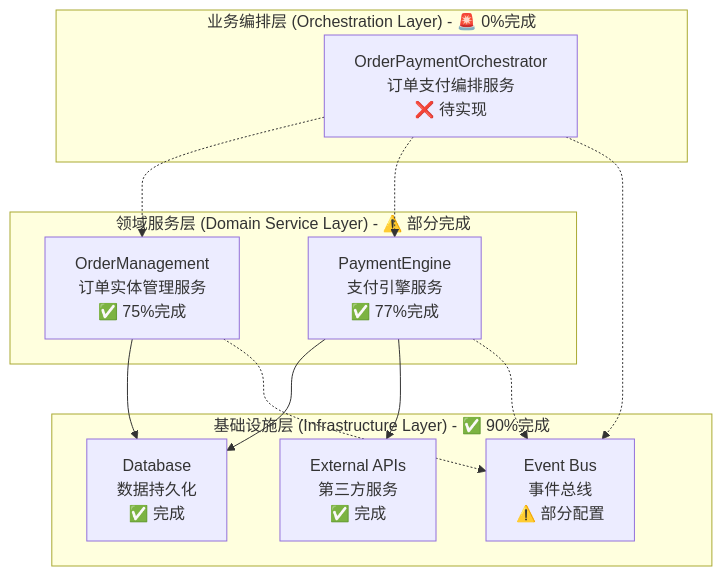
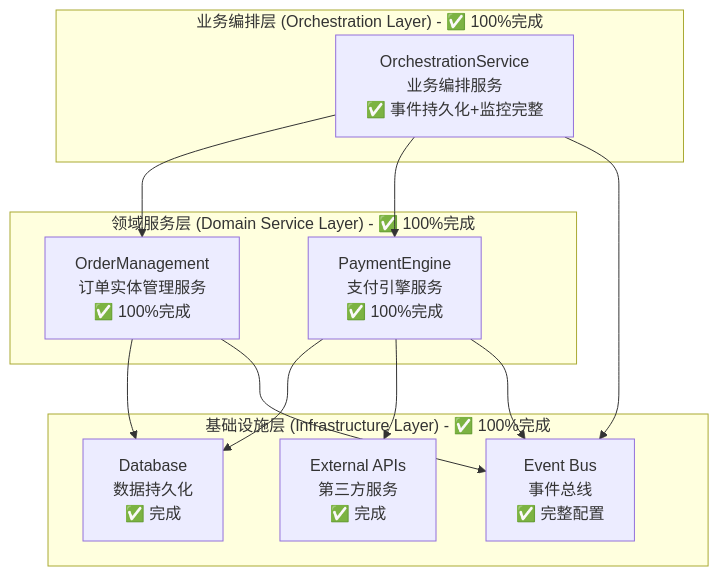
Before and after one commit to ZENCR-dev/backend_test0514: the diagram in SOPv2.0_DDD_Architecture_MVP1.0.md, drawn with Mermaid. The commit also changed other lines of this file and 112 other files, not shown here.

````diff
--- a/SOPv2.0_DDD_Architecture_MVP1.0.md
+++ b/SOPv2.0_DDD_Architecture_MVP1.0.md
@@ -89,26 +89,26 @@
 ```mermaid
 graph TD
-    subgraph "业务编排层 (Orchestration Layer) - 🚨 0%完成"
-        A["OrderPaymentOrchestrator<br/>订单支付编排服务<br/>❌ 待实现"]
+    subgraph "业务编排层 (Orchestration Layer) - ✅ 100%完成"
+        A["OrchestrationService<br/>业务编排服务<br/>✅ 事件持久化+监控完整"]
     end
     
-    subgraph "领域服务层 (Domain Service Layer) - ⚠️ 部分完成"
-        B["OrderManagement<br/>订单实体管理服务<br/>✅ 75%完成"]
-        C["PaymentEngine<br/>支付引擎服务<br/>✅ 77%完成"]
+    subgraph "领域服务层 (Domain Service Layer) - ✅ 100%完成"
+        B["OrderManagement<br/>订单实体管理服务<br/>✅ 100%完成"]
+        C["PaymentEngine<br/>支付引擎服务<br/>✅ 100%完成"]
     end
     
-    subgraph "基础设施层 (Infrastructure Layer) - ✅ 90%完成"
+    subgraph "基础设施层 (Infrastructure Layer) - ✅ 100%完成"
         D["Database<br/>数据持久化<br/>✅ 完成"]
         E["External APIs<br/>第三方服务<br/>✅ 完成"]
-        F["Event Bus<br/>事件总线<br/>⚠️ 部分配置"]
+        F["Event Bus<br/>事件总线<br/>✅ 完整配置"]
     end
     
-    A -.-> B
-    A -.-> C
-    A -.-> F
+    A --> B
+    A --> C
+    A --> F
     B --> D
     C --> D
     C --> E
-    B -.-> F
-    C -.-> F
+    B --> F
+    C --> F
 ```
````
